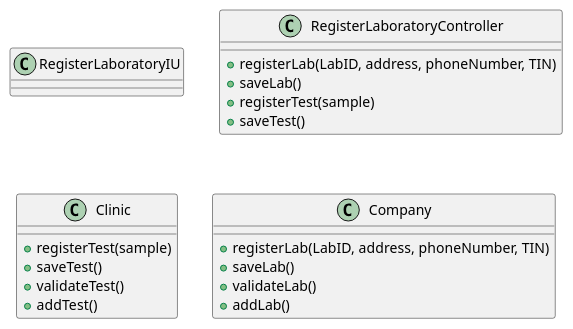
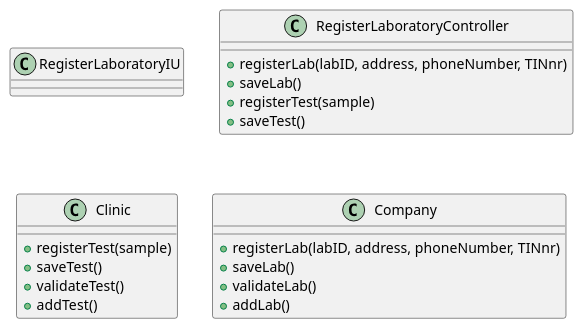
The diagram in docs/SprintB/US8/US8_CD.puml (jsmarques98/LAPR2-ISEP), drawn with PlantUML before and after one commit.

Commit message:
no message

```diff
--- a/docs/SprintB/US8/US8_CD.puml
+++ b/docs/SprintB/US8/US8_CD.puml
@@ -1,29 +1,29 @@
 @startuml
 
 skinparam classAtributionIconSize 0
 
 class RegisterLaboratoryIU
 
 class RegisterLaboratoryController {
-    +registerLab(LabID, address, phoneNumber, TIN)
+    +registerLab(labID, address, phoneNumber, TINnr)
     +saveLab()
     +registerTest(sample)
     +saveTest()
 }
 
 class Clinic {
     +registerTest(sample)
     +saveTest()
     +validateTest()
     +addTest()
   }
 
 class Company {
-    +registerLab(LabID, address, phoneNumber, TIN)
+    +registerLab(labID, address, phoneNumber, TINnr)
     +saveLab()
     +validateLab()
     +addLab()
 
 }
 
 @enduml
```
